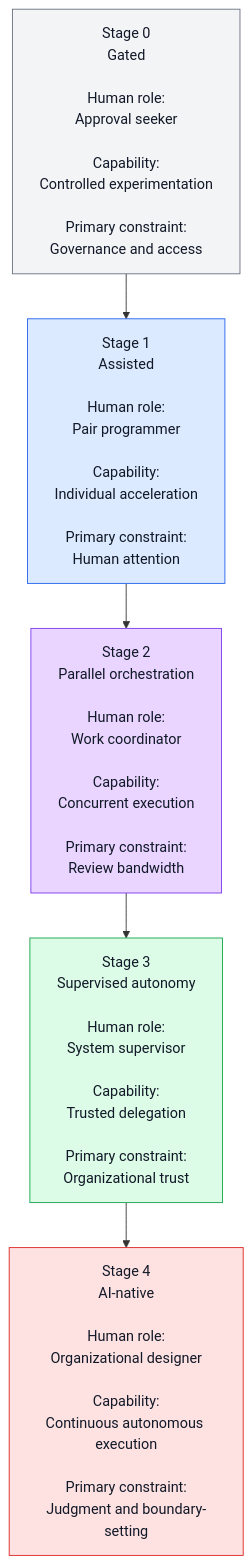
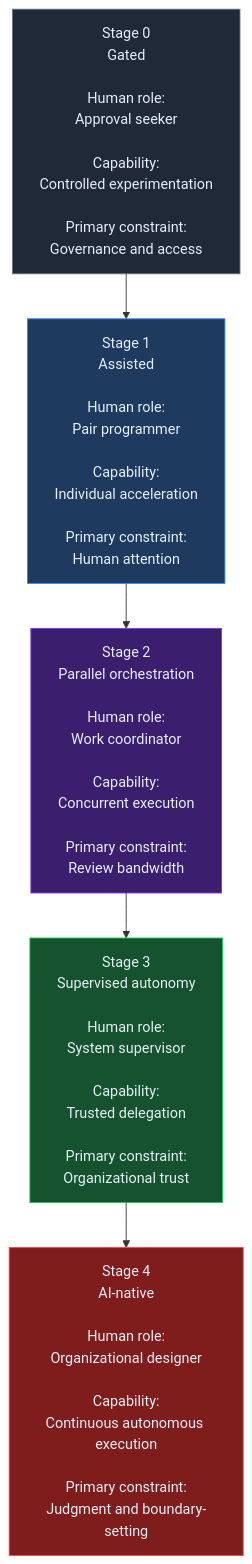
The first of 4 diagrams in notes/organizational-stages-of-ai-adoption/index.md (rmax-ai/rmax-ai.github.io), drawn with Mermaid before and after one commit. The commit also changed 1 other file, not shown here.

Commit message:
fix: dark theme classDef colors for Diagram 1 (five stages)
Light/pastel classDef colors (#f3f4f6, #dbeafe, etc.) rendered as white
on dark background. Replaced with dark palette (#1f2937, #1e3a5f,
#3b1f6e, #14532d, #7f1d1d) with light text (#e6eef8).

````diff
--- a/notes/organizational-stages-of-ai-adoption/index.md
+++ b/notes/organizational-stages-of-ai-adoption/index.md
@@ -69,22 +69,22 @@
 ```mermaid
 flowchart TD
     S0["Stage 0<br/>Gated<br/><br/>Human role:<br/>Approval seeker<br/><br/>Capability:<br/>Controlled experimentation<br/><br/>Primary constraint:<br/>Governance and access"]
     S1["Stage 1<br/>Assisted<br/><br/>Human role:<br/>Pair programmer<br/><br/>Capability:<br/>Individual acceleration<br/><br/>Primary constraint:<br/>Human attention"]
     S2["Stage 2<br/>Parallel orchestration<br/><br/>Human role:<br/>Work coordinator<br/><br/>Capability:<br/>Concurrent execution<br/><br/>Primary constraint:<br/>Review bandwidth"]
     S3["Stage 3<br/>Supervised autonomy<br/><br/>Human role:<br/>System supervisor<br/><br/>Capability:<br/>Trusted delegation<br/><br/>Primary constraint:<br/>Organizational trust"]
     S4["Stage 4<br/>AI-native<br/><br/>Human role:<br/>Organizational designer<br/><br/>Capability:<br/>Continuous autonomous execution<br/><br/>Primary constraint:<br/>Judgment and boundary-setting"]
 
     S0 --> S1 --> S2 --> S3 --> S4
 
-    classDef gated fill:#f3f4f6,stroke:#6b7280,color:#111827
-    classDef assisted fill:#dbeafe,stroke:#2563eb,color:#111827
-    classDef orchestration fill:#e9d5ff,stroke:#7c3aed,color:#111827
-    classDef autonomy fill:#dcfce7,stroke:#16a34a,color:#111827
-    classDef native fill:#fee2e2,stroke:#dc2626,color:#111827
+    classDef gated fill:#1f2937,stroke:#6b7280,color:#e6eef8
+    classDef assisted fill:#1e3a5f,stroke:#3b82f6,color:#e6eef8
+    classDef orchestration fill:#3b1f6e,stroke:#7c3aed,color:#e6eef8
+    classDef autonomy fill:#14532d,stroke:#22c55e,color:#e6eef8
+    classDef native fill:#7f1d1d,stroke:#ef4444,color:#e6eef8
 
     class S0 gated
     class S1 assisted
     class S2 orchestration
     class S3 autonomy
     class S4 native
 ```
````
